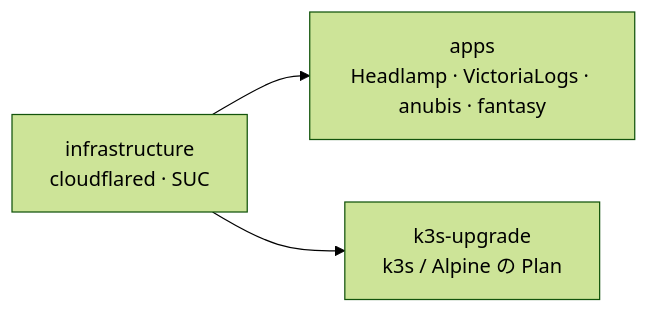
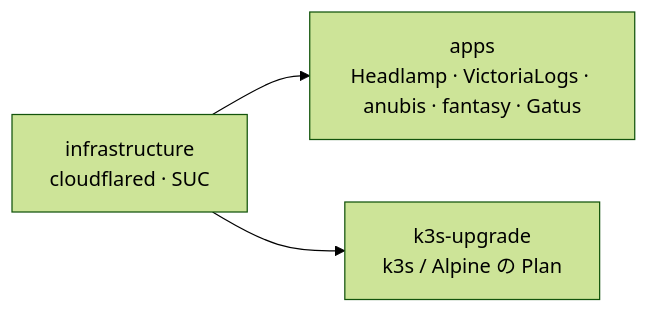
Before and after one commit to tsuji-riya/lab: the second of 3 diagrams in README.md, drawn with Mermaid (forest theme). The commit also changed other lines of this file and 16 other files, not shown here.

````diff
--- a/README.md
+++ b/README.md
@@ -72,8 +72,8 @@
 ```mermaid
 flowchart LR
     infra["infrastructure<br/>cloudflared · SUC"]
-    apps["apps<br/>Headlamp · VictoriaLogs · anubis · fantasy"]
+    apps["apps<br/>Headlamp · VictoriaLogs · anubis · fantasy · Gatus"]
     up["k3s-upgrade<br/>k3s / Alpine の Plan"]
     infra --> apps
     infra --> up
 ```
````
